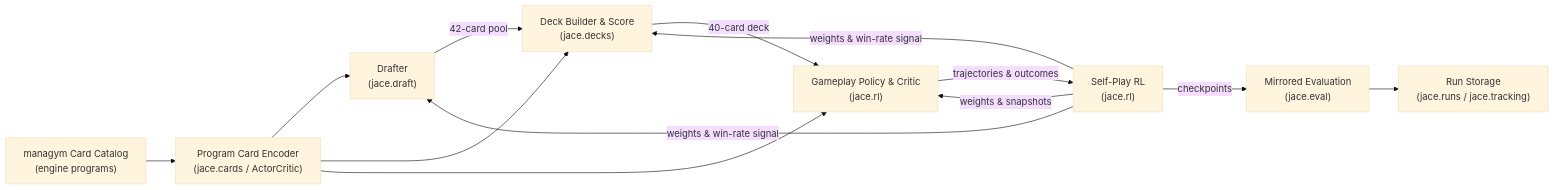
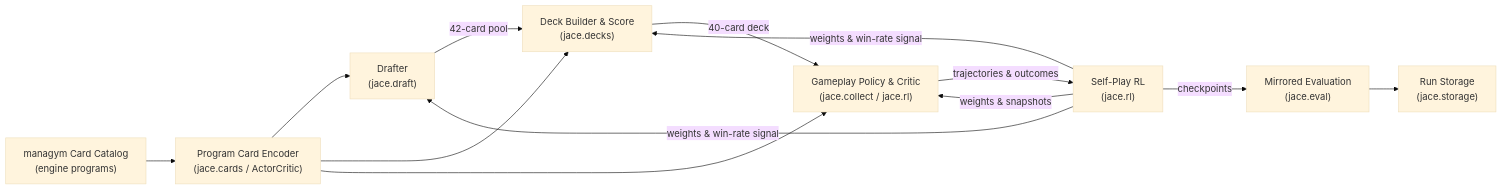
Before and after one commit to RyanSaxe/jace: the diagram in docs/concepts/architecture.md, drawn with Mermaid (base theme). The commit also changed other lines of this file and 70 other files, not shown here.

First line of the commit message:
Reorganize jace packages, update boundary rules, and add scripts/colab_run.py (#12)

````diff
--- a/docs/concepts/architecture.md
+++ b/docs/concepts/architecture.md
@@ -7,15 +7,15 @@
 ```mermaid
 flowchart LR
     Catalog["managym Card Catalog\n(engine programs)"] --> Encoder["Program Card Encoder\n(jace.cards / ActorCritic)"]
     Encoder --> Draft["Drafter\n(jace.draft)"]
     Encoder --> Decks["Deck Builder & Score\n(jace.decks)"]
-    Encoder --> Play["Gameplay Policy & Critic\n(jace.rl)"]
+    Encoder --> Play["Gameplay Policy & Critic\n(jace.collect / jace.rl)"]
     Draft -->|"42-card pool"| Decks
     Decks -->|"40-card deck"| Play
     Play -->|"trajectories & outcomes"| RL["Self-Play RL\n(jace.rl)"]
     RL -->|"weights & win-rate signal"| Draft
     RL -->|"weights & win-rate signal"| Decks
     RL -->|"weights & snapshots"| Play
     RL -->|"checkpoints"| Eval["Mirrored Evaluation\n(jace.eval)"]
-    Eval --> Runs["Run Storage\n(jace.runs / jace.tracking)"]
+    Eval --> Runs["Run Storage\n(jace.storage)"]
 ```
````
